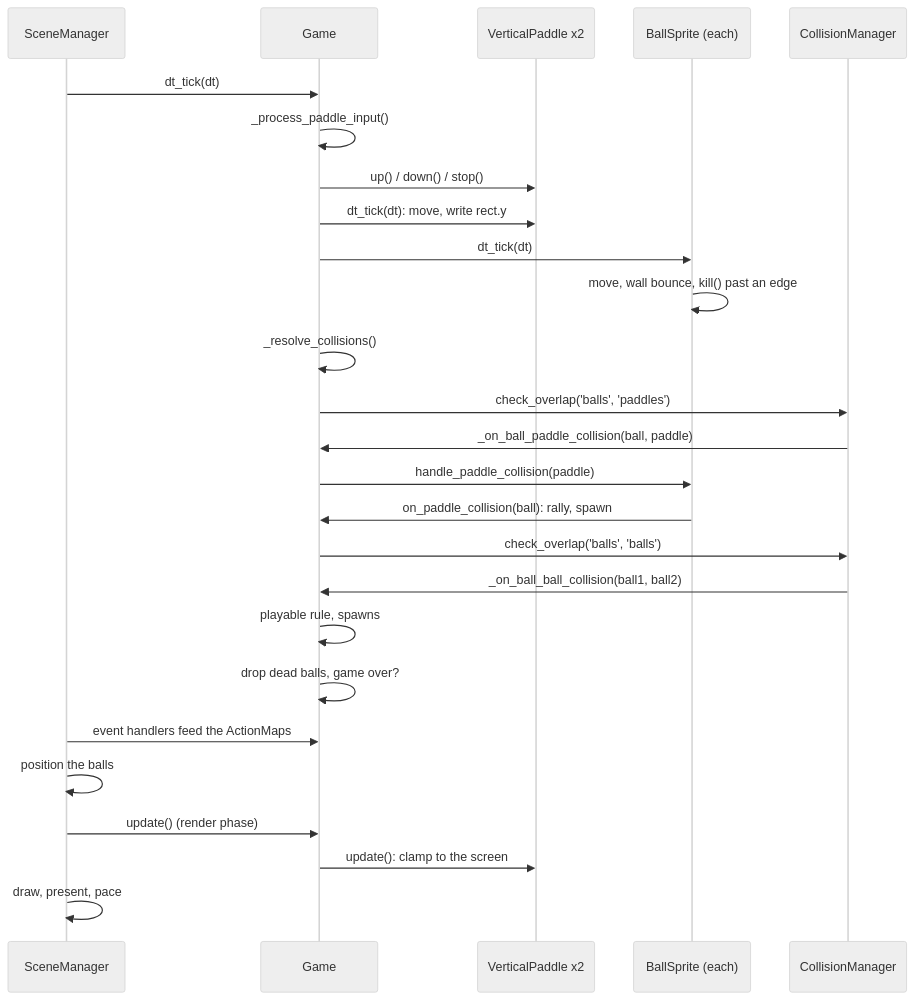
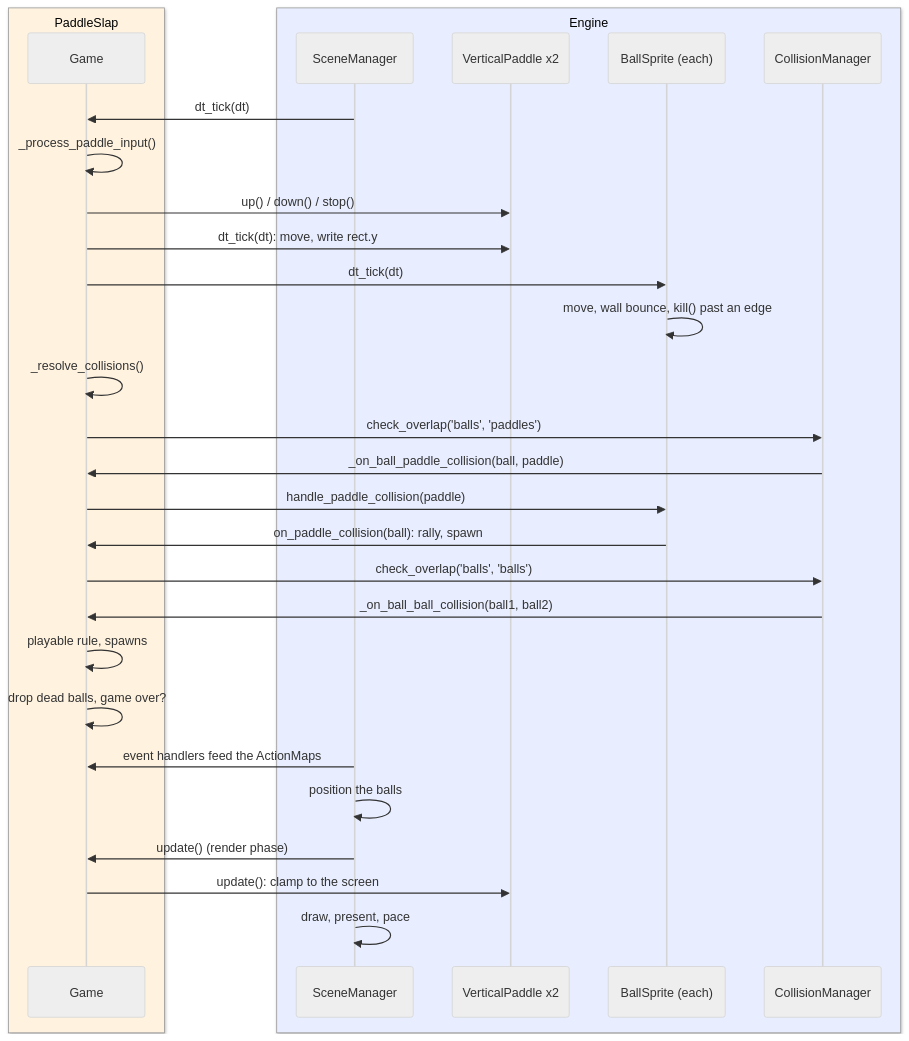
One commit to terrysimons/glitchygames changed the fifth of 7 diagrams in docs/games/paddleslap.md. Above: the diagram before and after it, drawn with Mermaid (neutral theme). The commit also changed other lines of this file, not shown here.

First line of the commit message:
Docs: PaddleSlap's other diagrams split into Engine and PaddleSlap

````diff
--- a/docs/games/paddleslap.md
+++ b/docs/games/paddleslap.md
@@ -292,29 +307,33 @@
 ```mermaid
 sequenceDiagram
-    participant SM as SceneManager
-    participant G as Game
-    participant P as VerticalPaddle x2
-    participant B as BallSprite (each)
-    participant CM as CollisionManager
+    box rgb(255,243,224) PaddleSlap
+        participant G as Game
+    end
+    box rgb(232,238,255) Engine
+        participant SM as SceneManager
+        participant P as VerticalPaddle x2
+        participant B as BallSprite (each)
+        participant CM as CollisionManager
+    end
 
     SM->>G: dt_tick(dt)
     G->>G: _process_paddle_input()
     G->>P: up() / down() / stop()
     G->>P: dt_tick(dt): move, write rect.y
     G->>B: dt_tick(dt)
     B->>B: move, wall bounce, kill() past an edge
     G->>G: _resolve_collisions()
     G->>CM: check_overlap('balls', 'paddles')
     CM->>G: _on_ball_paddle_collision(ball, paddle)
     G->>B: handle_paddle_collision(paddle)
     B->>G: on_paddle_collision(ball): rally, spawn
     G->>CM: check_overlap('balls', 'balls')
     CM->>G: _on_ball_ball_collision(ball1, ball2)
     G->>G: playable rule, spawns
     G->>G: drop dead balls, game over?
     SM->>G: event handlers feed the ActionMaps
     SM->>SM: position the balls
     SM->>G: update() (render phase)
     G->>P: update(): clamp to the screen
     SM->>SM: draw, present, pace
 ```
````
